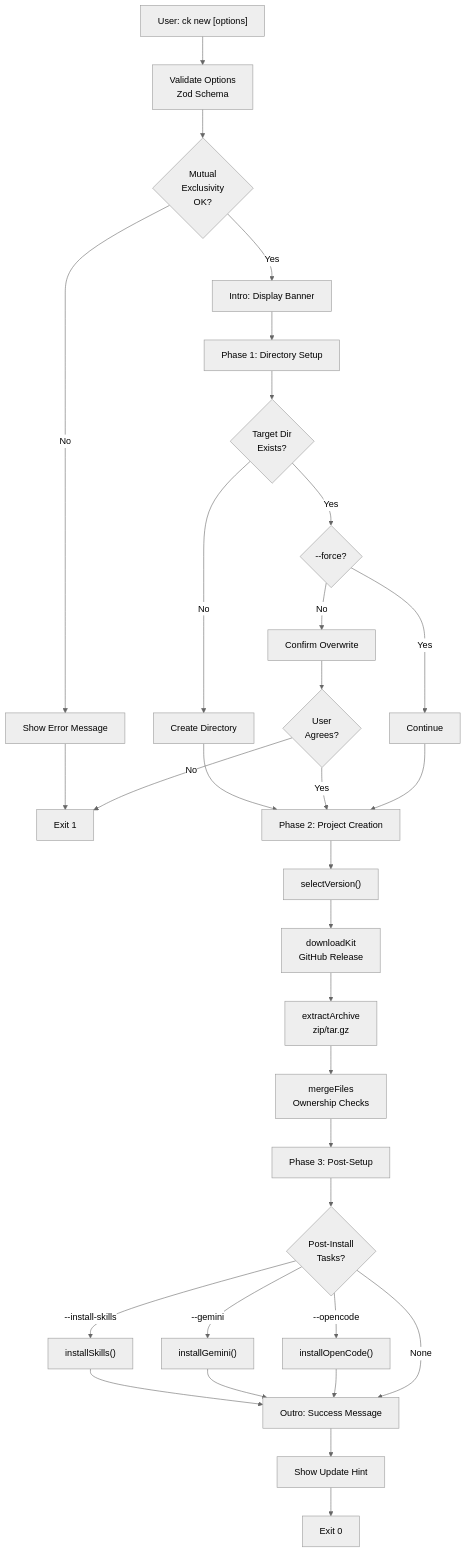
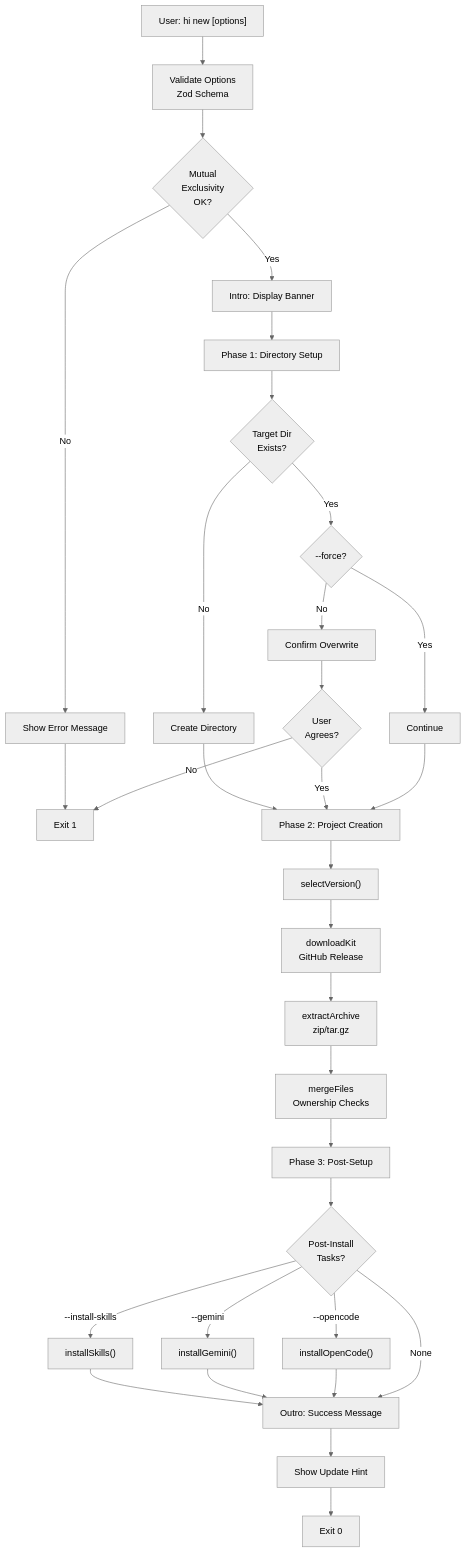
The second of 12 diagrams in docs/hi-command-flow-guide.md (kaeljune/hilab-cli), drawn with Mermaid (neutral theme) before and after one commit. The commit also changed other lines of this file and 38 other files, not shown here.

````diff
--- a/docs/hi-command-flow-guide.md
+++ b/docs/hi-command-flow-guide.md
@@ -56,34 +56,34 @@
 ```mermaid
 flowchart TD
-    A["User: ck new [options]"] --> B["Validate Options<br/>Zod Schema"]
+    A["User: hi new [options]"] --> B["Validate Options<br/>Zod Schema"]
     B --> C{"Mutual<br/>Exclusivity<br/>OK?"}
     C -->|No| D["Show Error Message"]
     D --> E["Exit 1"]
     C -->|Yes| F["Intro: Display Banner"]
     F --> G["Phase 1: Directory Setup"]
     G --> H{"Target Dir<br/>Exists?"}
     H -->|No| I["Create Directory"]
     H -->|Yes| J{"--force?"}
     J -->|No| K["Confirm Overwrite"]
     J -->|Yes| L["Continue"]
     I --> M["Phase 2: Project Creation"]
     K --> N{"User<br/>Agrees?"}
     N -->|No| E
     N -->|Yes| M
     L --> M
     M --> O["selectVersion()"]
     O --> P["downloadKit<br/>GitHub Release"]
     P --> Q["extractArchive<br/>zip/tar.gz"]
     Q --> R["mergeFiles<br/>Ownership Checks"]
     R --> S["Phase 3: Post-Setup"]
     S --> T{"Post-Install<br/>Tasks?"}
     T -->|--install-skills| U["installSkills()"]
     T -->|--gemini| V["installGemini()"]
     T -->|--opencode| W["installOpenCode()"]
     U --> X["Outro: Success Message"]
     V --> X
     W --> X
     T -->|None| X
     X --> Y["Show Update Hint"]
     Y --> Z["Exit 0"]
 ```
````
